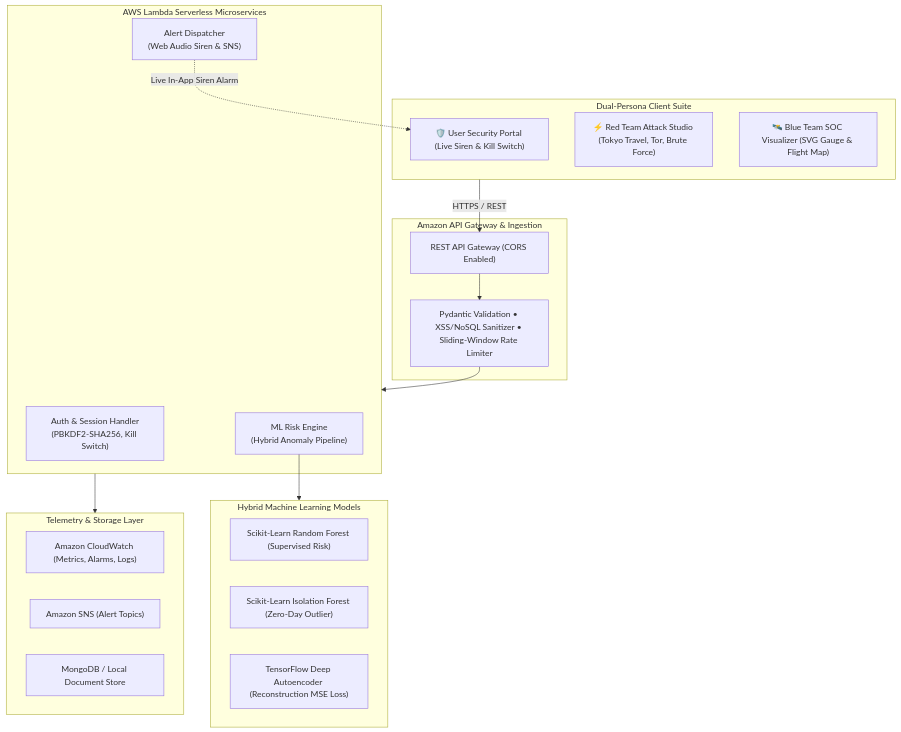
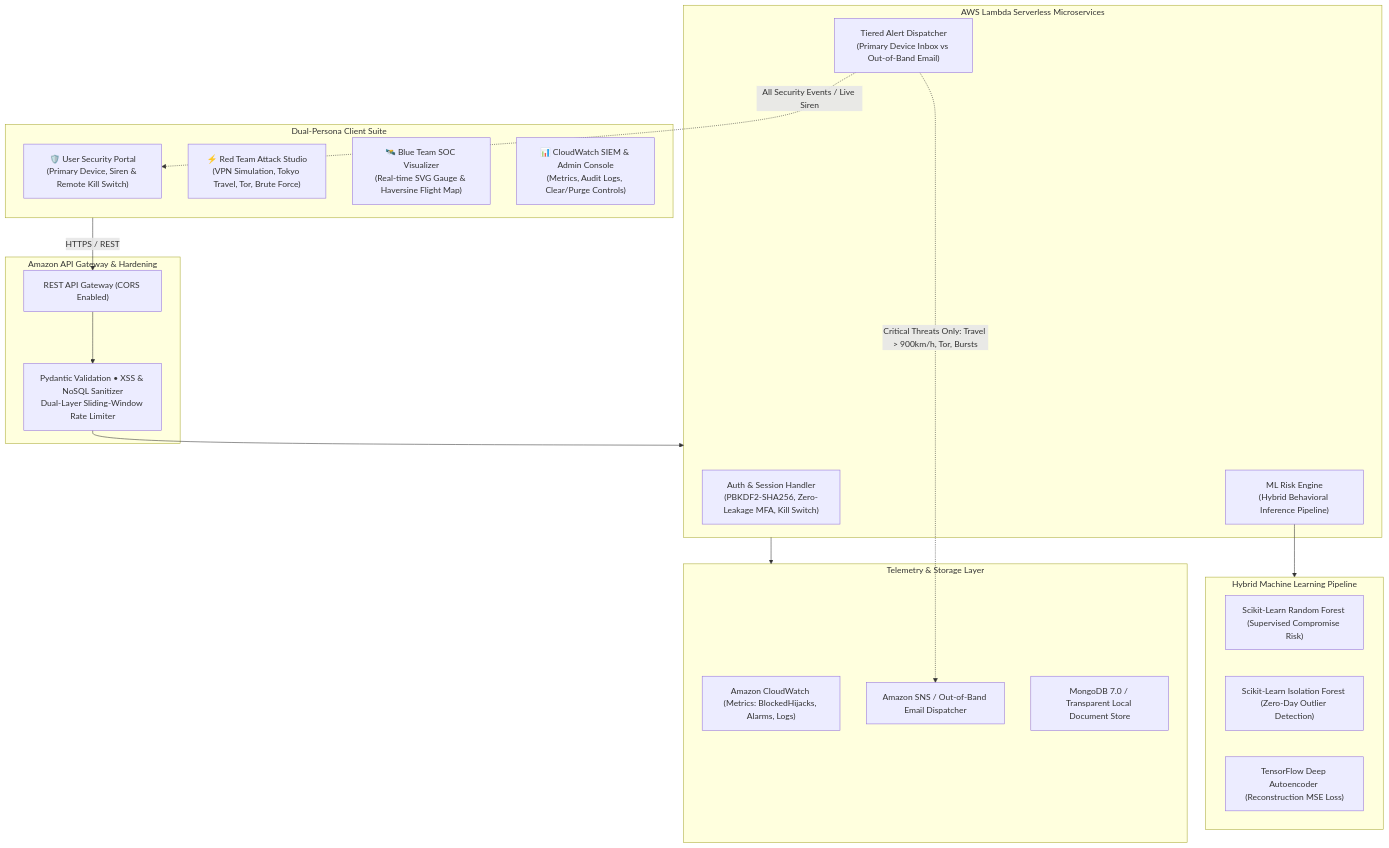
One commit to rootnode-rebels/aws-security changed the diagram in README.md. Above: the diagram before and after it, drawn with Mermaid. The commit also changed other lines of this file, not shown here.

Commit message:
docs: update README with architectural specifications, human-coverable distance ML policy, tiered notifications, and testing suite

````diff
--- a/README.md
+++ b/README.md
@@ -12,36 +18,38 @@
 ```mermaid
 flowchart TD
     subgraph CLIENT["Dual-Persona Client Suite"]
-        U1["🛡️ User Security Portal (Live Siren & Kill Switch)"]
-        U2["⚡ Red Team Attack Studio (Tokyo Travel, Tor, Brute Force)"]
-        U3["🛰️ Blue Team SOC Visualizer (SVG Gauge & Flight Map)"]
+        U1["🛡️ User Security Portal<br/>(Primary Device, Siren & Remote Kill Switch)"]
+        U2["⚡ Red Team Attack Studio<br/>(VPN Simulation, Tokyo Travel, Tor, Brute Force)"]
+        U3["🛰️ Blue Team SOC Visualizer<br/>(Real-time SVG Gauge & Haversine Flight Map)"]
+        U4["📊 CloudWatch SIEM & Admin Console<br/>(Metrics, Audit Logs, Clear/Purge Controls)"]
     end
 
-    subgraph GATEWAY["Amazon API Gateway & Ingestion"]
+    subgraph GATEWAY["Amazon API Gateway & Hardening"]
         GW["REST API Gateway (CORS Enabled)"]
-        V["Pydantic Validation • XSS/NoSQL Sanitizer • Sliding-Window Rate Limiter"]
+        V["Pydantic Validation • XSS & NoSQL Sanitizer<br/>Dual-Layer Sliding-Window Rate Limiter"]
     end
 
     subgraph COMPUTE["AWS Lambda Serverless Microservices"]
-        L1["Auth & Session Handler<br/>(PBKDF2-SHA256, Kill Switch)"]
-        L2["ML Risk Engine<br/>(Hybrid Anomaly Pipeline)"]
-        L3["Alert Dispatcher<br/>(Web Audio Siren & SNS)"]
+        L1["Auth & Session Handler<br/>(PBKDF2-SHA256, Zero-Leakage MFA, Kill Switch)"]
+        L2["ML Risk Engine<br/>(Hybrid Behavioral Inference Pipeline)"]
+        L3["Tiered Alert Dispatcher<br/>(Primary Device Inbox vs Out-of-Band Email)"]
     end
 
-    subgraph ML["Hybrid Machine Learning Models"]
-        M1["Scikit-Learn Random Forest (Supervised Risk)"]
-        M2["Scikit-Learn Isolation Forest (Zero-Day Outlier)"]
+    subgraph ML["Hybrid Machine Learning Pipeline"]
+        M1["Scikit-Learn Random Forest (Supervised Compromise Risk)"]
+        M2["Scikit-Learn Isolation Forest (Zero-Day Outlier Detection)"]
         M3["TensorFlow Deep Autoencoder (Reconstruction MSE Loss)"]
     end
 
     subgraph STORAGE["Telemetry & Storage Layer"]
-        CW["Amazon CloudWatch (Metrics, Alarms, Logs)"]
-        SNS["Amazon SNS (Alert Topics)"]
-        DB["MongoDB / Local Document Store"]
+        CW["Amazon CloudWatch (Metrics: BlockedHijacks, Alarms, Logs)"]
+        SNS["Amazon SNS / Out-of-Band Email Dispatcher"]
+        DB["MongoDB 7.0 / Transparent Local Document Store"]
     end
 
     CLIENT -->|HTTPS / REST| GW --> V --> COMPUTE
     L2 --> ML
     COMPUTE --> STORAGE
-    L3 -.->|Live In-App Siren Alarm| U1
+    L3 -.->|All Security Events / Live Siren| U1
+    L3 -.->|Critical Threats Only: Travel > 900km/h, Tor, Bursts| SNS
 ```
````
